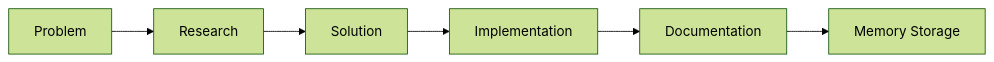
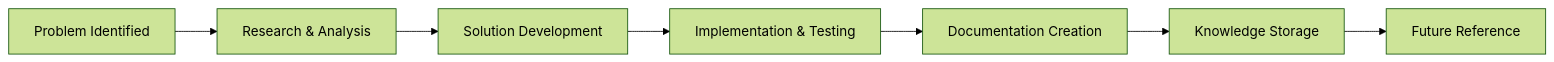
One commit to amm10090/mcp-memory-service changed the diagram in docs/tutorials/demo-session-walkthrough.md. Above: the diagram before and after it, drawn with Mermaid (forest theme). The commit also changed other lines of this file and 407 other files, not shown here.

````diff
--- a/docs/tutorials/demo-session-walkthrough.md
+++ b/docs/tutorials/demo-session-walkthrough.md
@@ -107,8 +207,9 @@
-   ```mermaid
-   graph LR
-       A[Problem] --> B[Research]
-       B --> C[Solution]
-       C --> D[Implementation]
-       D --> E[Documentation]
-       E --> F[Memory Storage]
-   ```
+```mermaid
+graph LR
+    A[Problem Identified] --> B[Research & Analysis]
+    B --> C[Solution Development]
+    C --> D[Implementation & Testing]
+    D --> E[Documentation Creation]
+    E --> F[Knowledge Storage]
+    F --> G[Future Reference]
+```
````
